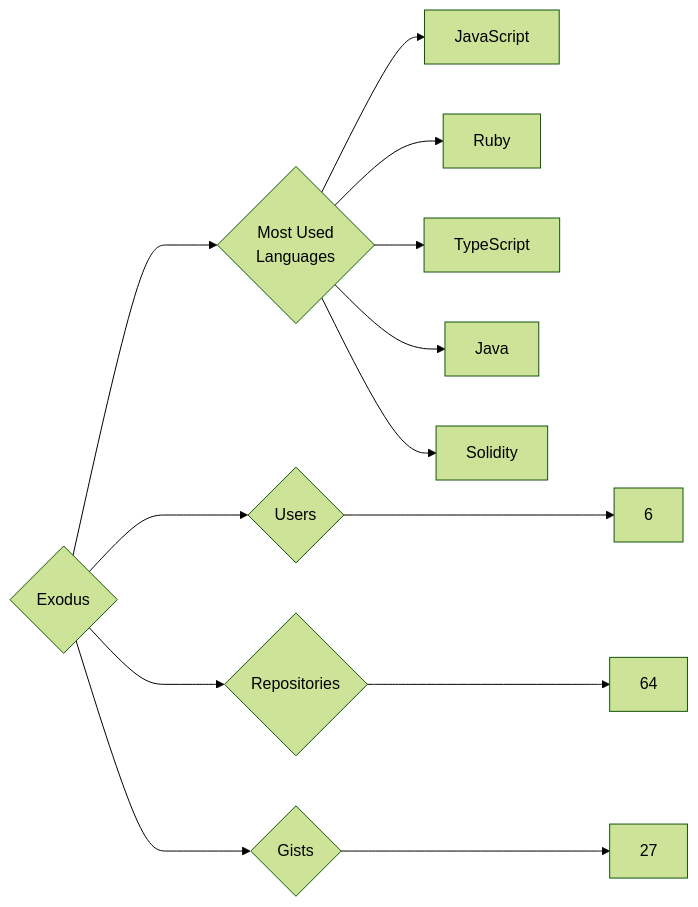
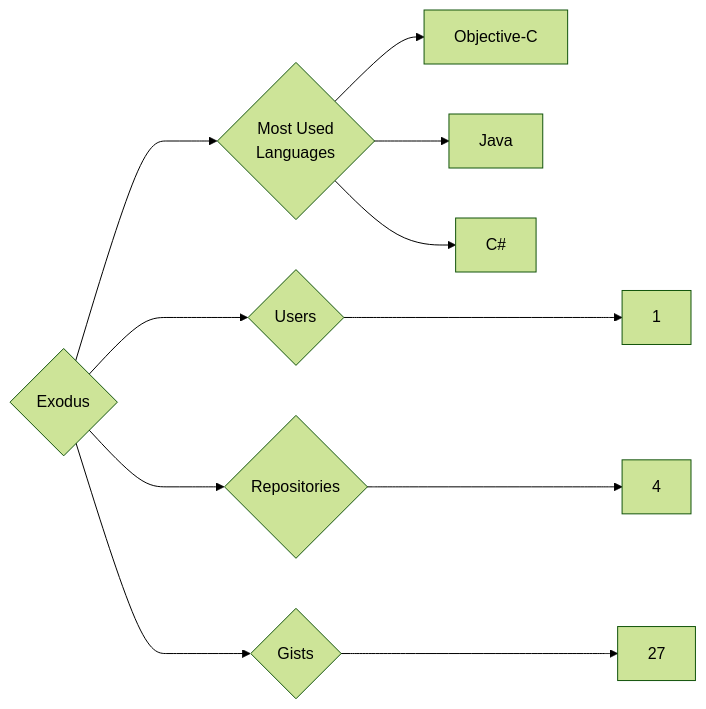
Before and after one commit to trickest/insiders: the diagram in targets/Exodus/README.md, drawn with Mermaid (forest theme). The commit also changed 718 other files, not shown here.

````diff
--- a/targets/Exodus/README.md
+++ b/targets/Exodus/README.md
@@ -3,13 +3,11 @@
 ```mermaid
 graph LR
 COMPANY_NAME{Exodus}
-COMPANY_NAME ---> U{Users} ---> UN[6]
-COMPANY_NAME ---> R{Repositories} ---> RN[64]
+COMPANY_NAME ---> U{Users} ---> UN[1]
+COMPANY_NAME ---> R{Repositories} ---> RN[4]
 COMPANY_NAME ---> G{Gists} ---> GN[27]
 COMPANY_NAME ---> ML{Most Used<br>Languages}
-ML --> JavaScript[JavaScript]
-ML --> Ruby[Ruby]
-ML --> TypeScript[TypeScript]
+ML --> Objective-C[Objective-C]
 ML --> Java[Java]
-ML --> Solidity[Solidity]
+ML --> C#[C#]
 ```
````
